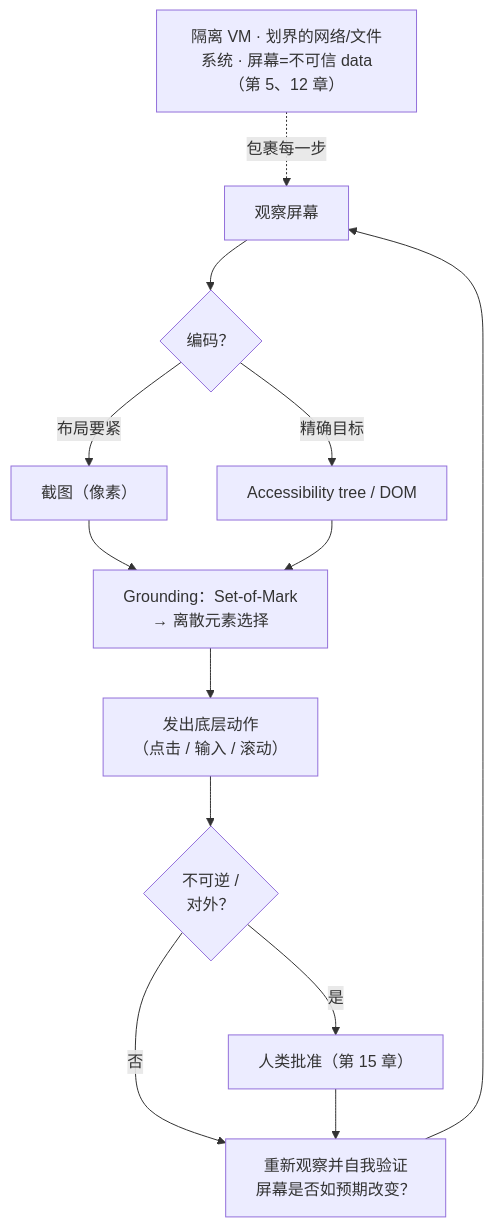
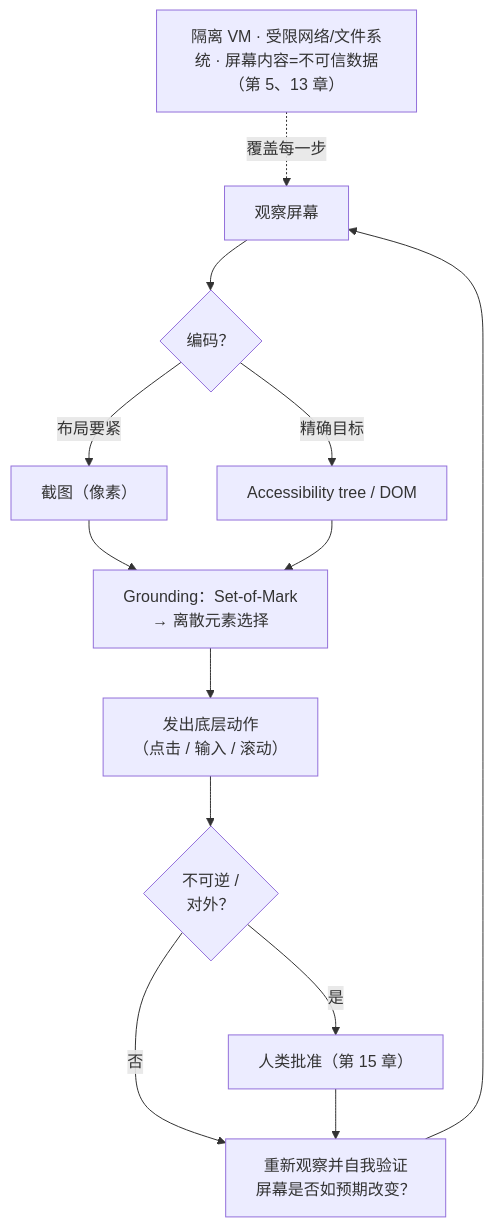
One commit to Jin-Fang/Agentic-AI-Study changed the diagram in agent-harness-zh/16-computer-use-and-multimodal-agents.md. Above: the diagram before and after it, drawn with Mermaid. The commit also changed other lines of this file and 43 other files, not shown here.

````diff
--- a/agent-harness-zh/16-computer-use-and-multimodal-agents.md
+++ b/agent-harness-zh/16-computer-use-and-multimodal-agents.md
@@ -62,16 +62,16 @@
 ```mermaid
 flowchart TD
     OBS["观察屏幕"] --> ENC{"编码？"}
     ENC -->|布局要紧| PIX["截图（像素）"]
     ENC -->|精确目标| AX["Accessibility tree / DOM"]
     PIX --> GROUND["Grounding：Set-of-Mark<br/>→ 离散元素选择"]
     AX --> GROUND
     GROUND --> ACT["发出底层动作<br/>（点击 / 输入 / 滚动）"]
     ACT --> SAFE{"不可逆 /<br/>对外？"}
     SAFE -->|是| HUMAN["人类批准（第 15 章）"]
     SAFE -->|否| REOBS["重新观察并自我验证<br/>屏幕是否如预期改变？"]
     HUMAN --> REOBS
     REOBS --> OBS
 
-    SANDBOX["隔离 VM · 划界的网络/文件系统 · 屏幕=不可信 data（第 5、12 章）"] -.包裹每一步.-> OBS
+    SANDBOX["隔离 VM · 受限网络/文件系统 · 屏幕内容=不可信数据（第 5、13 章）"] -.覆盖每一步.-> OBS
 ```
````
